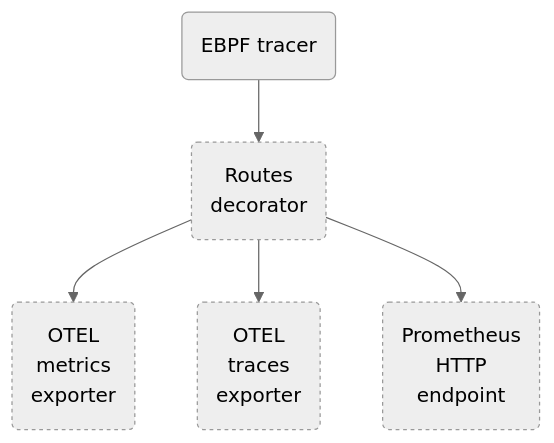
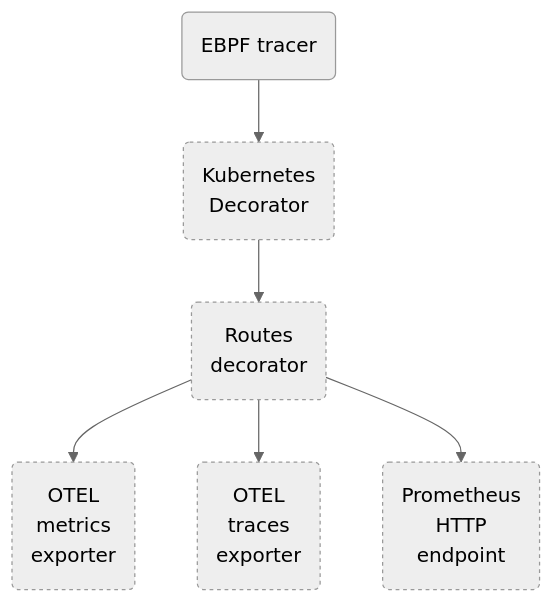
Before and after one commit to grafana/beyla: the diagram in docs/sources/flowchart/architecture.mmd, drawn with Mermaid (neutral theme). The commit also changed 4 other files, not shown here.

```diff
--- a/docs/sources/flowchart/architecture.mmd
+++ b/docs/sources/flowchart/architecture.mmd
@@ -1,10 +1,13 @@
 flowchart TD
-    EBPF(EBPF tracer) --> ROUT(Routes<br/>decorator)
+    EBPF(EBPF tracer) --> KD(Kubernetes<br/>Decorator)
+    KD --> ROUT(Routes<br/>decorator)
 
     ROUT --> OTELM(OTEL<br/> metrics<br/> exporter)
     ROUT --> OTELT(OTEL<br/> traces<br/> exporter)
     ROUT --> PROM(Prometheus<br/>HTTP<br/>endpoint)
+
+    style KD stroke-dasharray: 3 3;
     style ROUT stroke-dasharray: 3 3;
     style OTELM stroke-dasharray: 3 3;
     style OTELT stroke-dasharray: 3 3;
     style PROM stroke-dasharray: 3 3;
```
